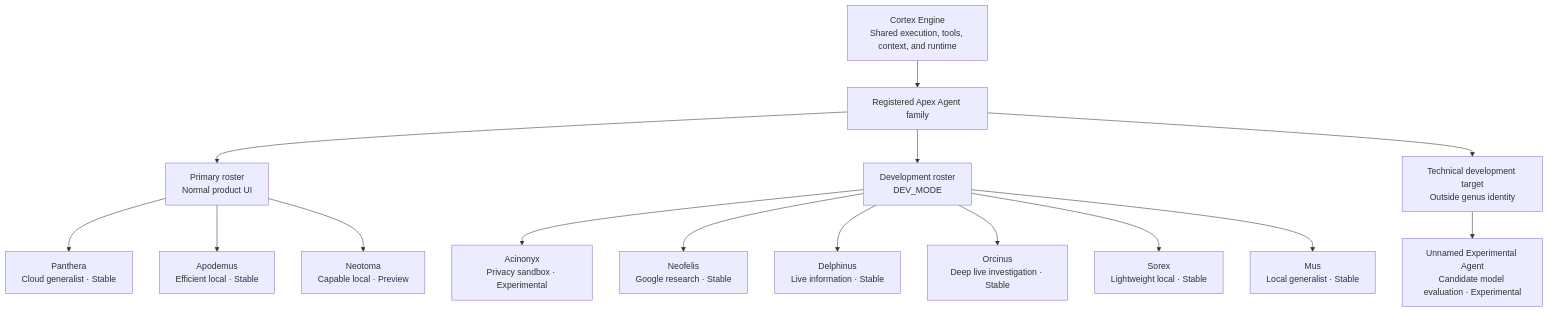
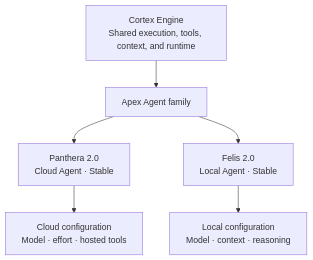
One commit to edumarcano/APEX changed the diagram in docs/identity-and-naming.md. Above: the diagram before and after it, drawn with Mermaid. The commit also changed other lines of this file and 109 other files, not shown here.

First line of the commit message:
feat: rework Apex Agents around Panthera and Felis (#364, #365)

````diff
--- a/docs/identity-and-naming.md
+++ b/docs/identity-and-naming.md
@@ -98,27 +105,12 @@
 ```mermaid
 flowchart TB
     ENGINE["Cortex Engine<br/>Shared execution, tools, context, and runtime"]
-    FAMILY["Registered Apex Agent family"]
-
-    PRIMARY["Primary roster<br/>Normal product UI"]
-    DEV["Development roster<br/>DEV_MODE"]
-    EXP["Technical development target<br/>Outside genus identity"]
+    FAMILY["Apex Agent family"]
 
     ENGINE --> FAMILY
-    FAMILY --> PRIMARY
-    FAMILY --> DEV
-    FAMILY --> EXP
+    FAMILY --> PANTHERA["Panthera 2.0<br/>Cloud Agent · Stable"]
+    FAMILY --> FELIS["Felis 2.0<br/>Local Agent · Stable"]
 
-    PRIMARY --> PANTHERA["Panthera<br/>Cloud generalist · Stable"]
-    PRIMARY --> APODEMUS["Apodemus<br/>Efficient local · Stable"]
-    PRIMARY --> NEOTOMA["Neotoma<br/>Capable local · Preview"]
-
-    DEV --> ACINONYX["Acinonyx<br/>Privacy sandbox · Experimental"]
-    DEV --> NEOFELIS["Neofelis<br/>Google research · Stable"]
-    DEV --> DELPHINUS["Delphinus<br/>Live information · Stable"]
-    DEV --> ORCINUS["Orcinus<br/>Deep live investigation · Stable"]
-    DEV --> SOREX["Sorex<br/>Lightweight local · Stable"]
-    DEV --> MUS["Mus<br/>Local generalist · Stable"]
-
-    EXP --> UNNAMED["Unnamed Experimental Agent<br/>Candidate model evaluation · Experimental"]
+    PANTHERA --> CLOUDCFG["Cloud configuration<br/>Model · effort · hosted tools"]
+    FELIS --> LOCALCFG["Local configuration<br/>Model · context · reasoning"]
 ```
````
